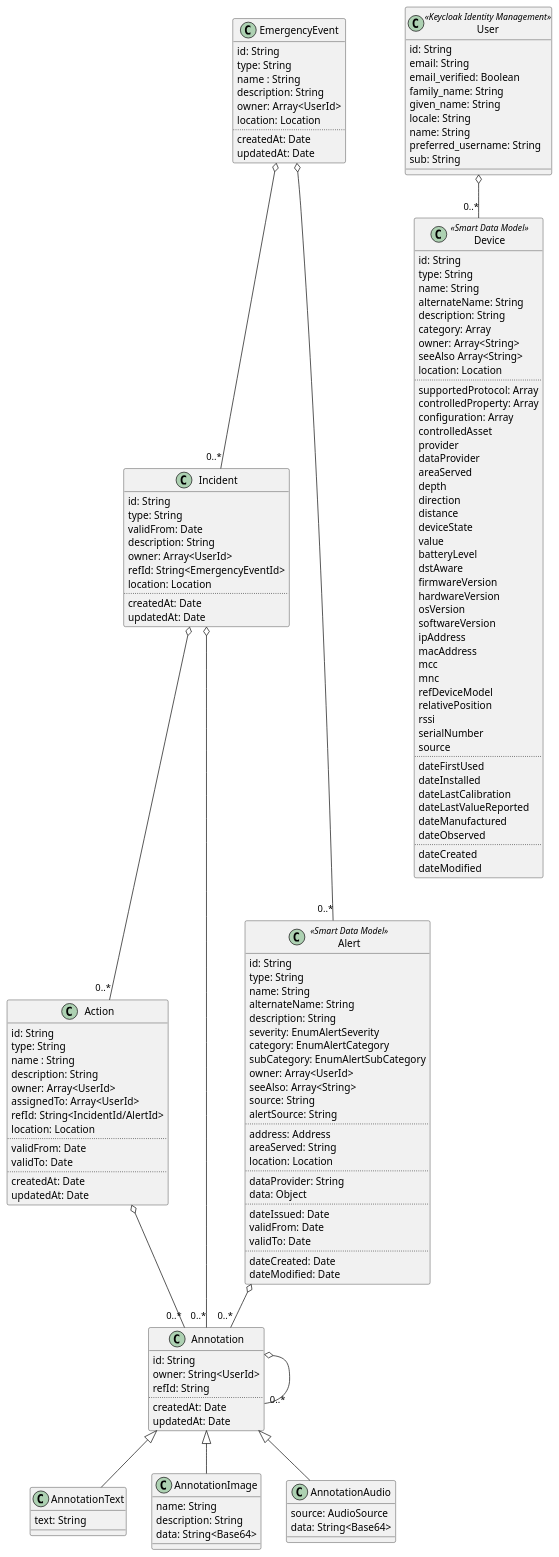
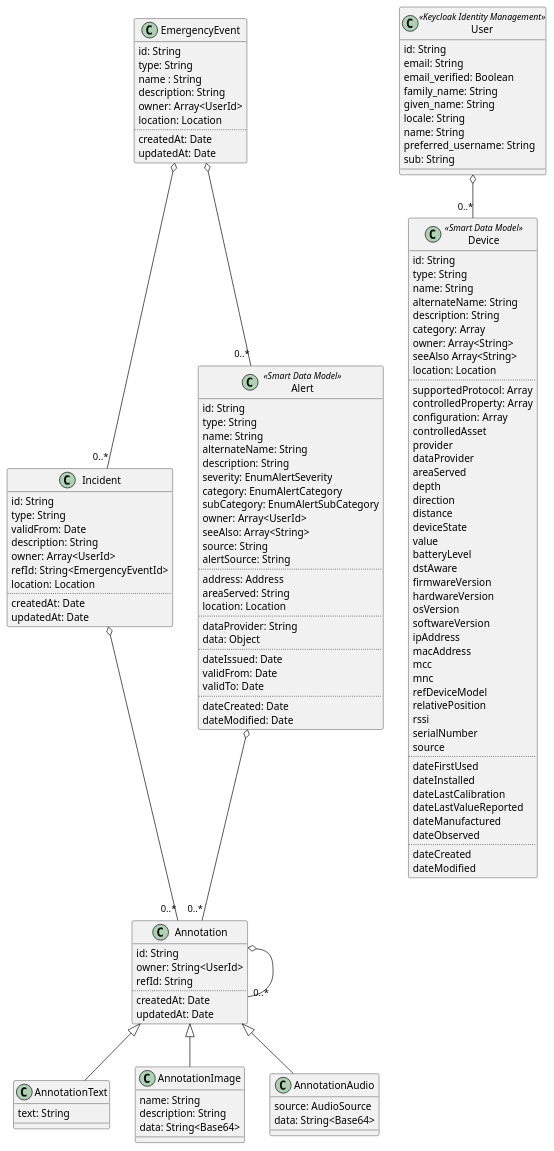
One commit to eldemet/PathoVIEW changed the diagram in server/docs/uml/object-diagram.puml. Above: the diagram before and after it, drawn with PlantUML.

Commit message:
refactor(model): remove action model from object diagram

```diff
--- a/server/docs/uml/object-diagram.puml
+++ b/server/docs/uml/object-diagram.puml
@@ -1,163 +1,145 @@
 @startuml
 class EmergencyEvent {
     id: String
     type: String
     name : String
     description: String
     owner: Array<UserId>
     location: Location
     ..
     createdAt: Date
     updatedAt: Date
 }
 class Incident {
     id: String
     type: String
     validFrom: Date
     description: String
     owner: Array<UserId>
     refId: String<EmergencyEventId>
     location: Location
-    ..
-    createdAt: Date
-    updatedAt: Date
-}
-class Action {
-    id: String
-    type: String
-    name : String
-    description: String
-    owner: Array<UserId>
-    assignedTo: Array<UserId>
-    refId: String<IncidentId/AlertId>
-    location: Location
-    ..
-    validFrom: Date
-    validTo: Date
     ..
     createdAt: Date
     updatedAt: Date
 }
 class User <<Keycloak Identity Management>> {
     id: String
     email: String
     email_verified: Boolean
     family_name: String
     given_name: String
     locale: String
     name: String
     preferred_username: String
     sub: String
 }
 class Alert <<Smart Data Model>> {
     id: String
     type: String
     name: String
     alternateName: String
     description: String
     severity: EnumAlertSeverity
     category: EnumAlertCategory
     subCategory: EnumAlertSubCategory
     owner: Array<UserId>
     seeAlso: Array<String>
     source: String
     alertSource: String
     ..
     address: Address
     areaServed: String
     location: Location
     ..
     dataProvider: String
     data: Object
     ..
     dateIssued: Date
     validFrom: Date
     validTo: Date
     ..
     dateCreated: Date
     dateModified: Date
 }
 class Device <<Smart Data Model>> {
     id: String
     type: String
     name: String
     alternateName: String
     description: String
     category: Array
     owner: Array<String>
     seeAlso Array<String>
     location: Location
     ..
     supportedProtocol: Array
     controlledProperty: Array
     configuration: Array
     controlledAsset
     provider
     dataProvider
     areaServed
     depth
     direction
     distance
     deviceState
     value
     batteryLevel
     dstAware
     firmwareVersion
     hardwareVersion
     osVersion
     softwareVersion
     ipAddress
     macAddress
     mcc
     mnc
     refDeviceModel
     relativePosition
     rssi
     serialNumber
     source
     ..
     dateFirstUsed
     dateInstalled
     dateLastCalibration
     dateLastValueReported
     dateManufactured
     dateObserved
     ..
     dateCreated
     dateModified
 }
 class Annotation {
     id: String
     owner: String<UserId>
     refId: String
     ..
     createdAt: Date
     updatedAt: Date
 }
 class AnnotationText {
     text: String
 }
 class AnnotationImage {
     name: String
     description: String
     data: String<Base64>
 }
 class AnnotationAudio {
     source: AudioSource
     data: String<Base64>
 }
 
 Annotation <|-- AnnotationText
 Annotation <|-- AnnotationImage
 Annotation <|-- AnnotationAudio
 
 EmergencyEvent o-- "0..*" Alert
 EmergencyEvent o-- "0..*" Incident
 User o-- "0..*" Device
-Incident o-- "0..*" Action
 Annotation o-- "0..*" Annotation
 Incident o-- "0..*" Annotation
-Action o-- "0..*" Annotation
 Alert o-- "0..*" Annotation
 
 @enduml
```
